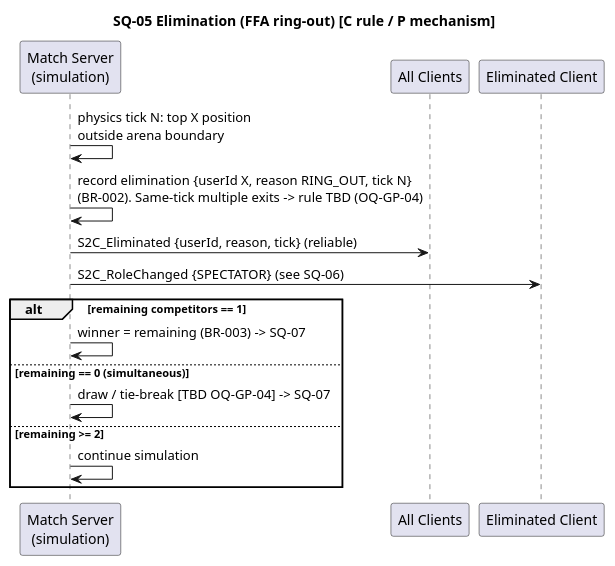
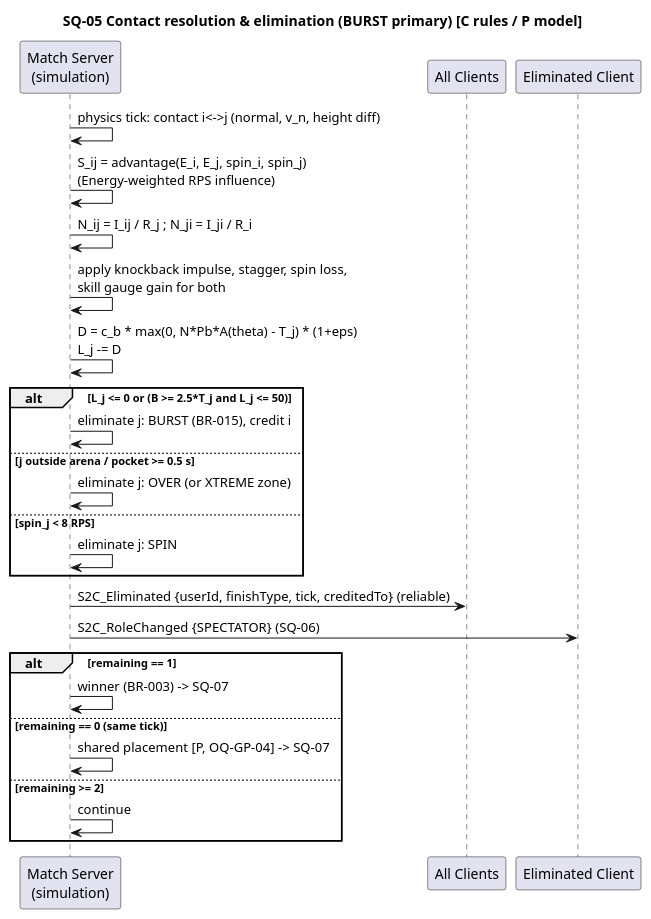
Before and after one commit to houcine212-hub/Bayblade_Sesytem: the diagram in docs/02-uml/sequence/SQ-05-elimination.puml, drawn with PlantUML. The commit also changed 59 other files, not shown here.

```diff
--- a/docs/02-uml/sequence/SQ-05-elimination.puml
+++ b/docs/02-uml/sequence/SQ-05-elimination.puml
@@ -1,17 +1,27 @@
 @startuml SQ-05
-title SQ-05 Elimination (FFA ring-out) [C rule / P mechanism]
+title SQ-05 Contact resolution & elimination (BURST primary) [C rules / P model]
 participant "Match Server\n(simulation)" as MS
 participant "All Clients" as C
 participant "Eliminated Client" as E
-MS -> MS : physics tick N: top X position\noutside arena boundary
-MS -> MS : record elimination {userId X, reason RING_OUT, tick N}\n(BR-002). Same-tick multiple exits -> rule TBD (OQ-GP-04)
-MS -> C : S2C_Eliminated {userId, reason, tick} (reliable)
-MS -> E : S2C_RoleChanged {SPECTATOR} (see SQ-06)
-alt remaining competitors == 1
-  MS -> MS : winner = remaining (BR-003) -> SQ-07
-else remaining == 0 (simultaneous)
-  MS -> MS : draw / tie-break [TBD OQ-GP-04] -> SQ-07
+MS -> MS : physics tick: contact i<->j (normal, v_n, height diff)
+MS -> MS : S_ij = advantage(E_i, E_j, spin_i, spin_j)\n(Energy-weighted RPS influence)
+MS -> MS : N_ij = I_ij / R_j ; N_ji = I_ji / R_i
+MS -> MS : apply knockback impulse, stagger, spin loss,\nskill gauge gain for both
+MS -> MS : D = c_b * max(0, N*Pb*A(theta) - T_j) * (1+eps)\nL_j -= D
+alt L_j <= 0 or (B >= 2.5*T_j and L_j <= 50)
+  MS -> MS : eliminate j: BURST (BR-015), credit i
+else j outside arena / pocket >= 0.5 s
+  MS -> MS : eliminate j: OVER (or XTREME zone)
+else spin_j < 8 RPS
+  MS -> MS : eliminate j: SPIN
+end
+MS -> C : S2C_Eliminated {userId, finishType, tick, creditedTo} (reliable)
+MS -> E : S2C_RoleChanged {SPECTATOR} (SQ-06)
+alt remaining == 1
+  MS -> MS : winner (BR-003) -> SQ-07
+else remaining == 0 (same tick)
+  MS -> MS : shared placement [P, OQ-GP-04] -> SQ-07
 else remaining >= 2
-  MS -> MS : continue simulation
+  MS -> MS : continue
 end
 @enduml
```
